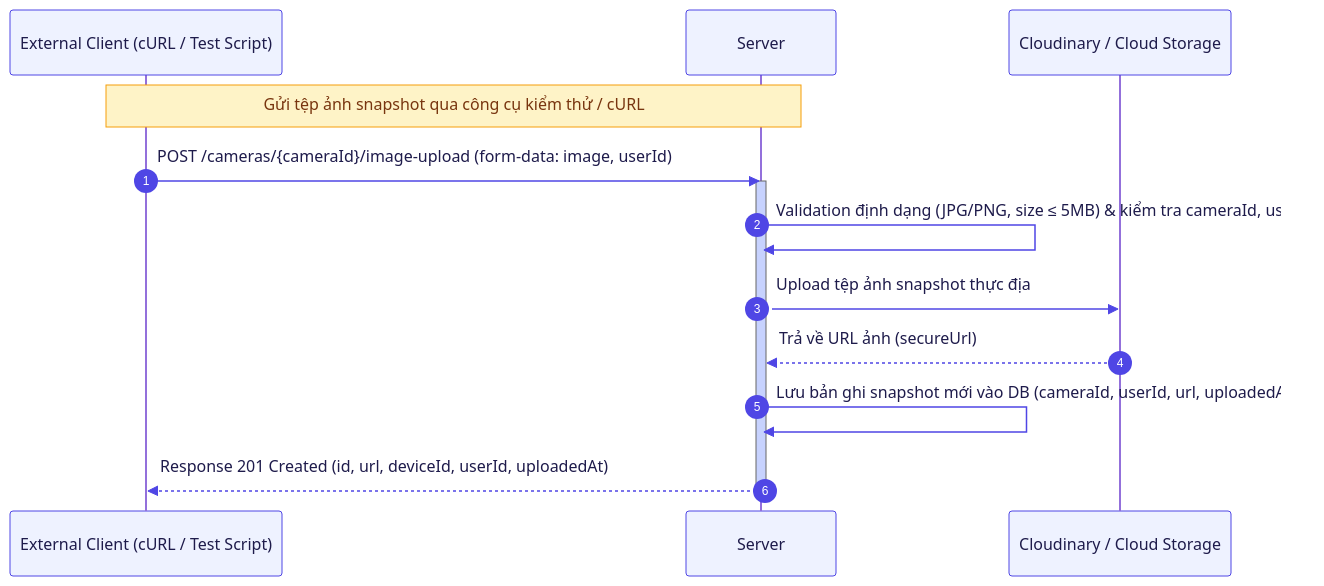
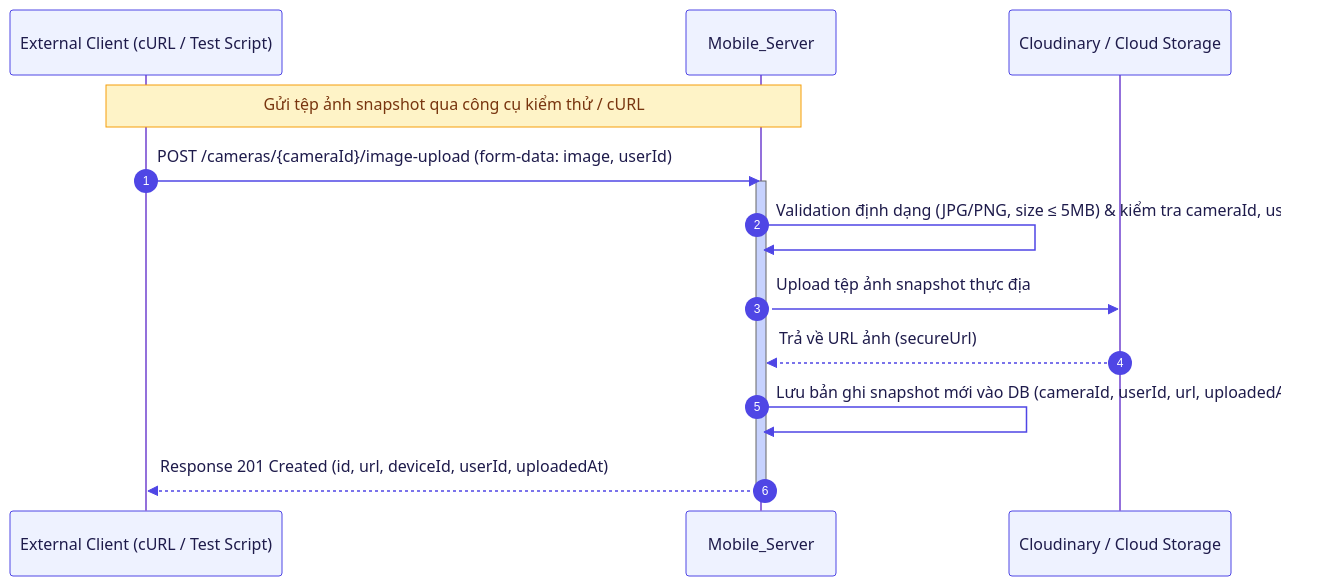
Diagram 18 of 18 in docs/04-sequence-diagram.md (trungnguyenthien/Wildlife-Warning-and-Deterrence-System), drawn with Mermaid before and after one commit. The commit also changed other lines of this file and 3 other files, not shown here.

Commit message:
docs: update system documentation, sequence diagrams, and research topic overview

````diff
--- a/docs/04-sequence-diagram.md
+++ b/docs/04-sequence-diagram.md
@@ -1268,47 +1268,47 @@
 ```mermaid
 %%{init: {
   'theme': 'default',
   'sequence': {
     'rightAngles': true,
     'messageAlign': 'left',
     'messageMargin': 40,
     'actorMargin': 80
   },
   'themeVariables': {
     'primaryColor': '#EEF2FF',
     'primaryTextColor': '#1E1B4B',
     'primaryBorderColor': '#6366F1',
     'lineColor': '#4F46E5',
     'secondaryColor': '#F0FDFA',
     'actorBkg': '#EEF2FF',
     'actorBorder': '#4F46E5',
     'actorTextColor': '#1E1B4B',
     'signalColor': '#4F46E5',
     'signalTextColor': '#1E1B4B',
     'labelBoxBkgColor': '#F8FAFC',
     'labelBoxBorderColor': '#818CF8',
     'labelTextColor': '#0F172A',
     'loopTextColor': '#4F46E5',
     'noteBkgColor': '#FEF3C7',
     'noteTextColor': '#78350F',
     'noteBorderColor': '#F59E0B',
     'activationBkgColor': '#C7D2FE',
     'sequenceNumberColor': '#FFFFFF'
   }
 }}%%
 sequenceDiagram
     autonumber
     participant Client_Test as External Client (cURL / Test Script)
-    participant Server as Server
+    participant Mobile_Server as Mobile_Server
     participant Cloudinary as Cloudinary / Cloud Storage
 
-    Note over Client_Test, Server: Gửi tệp ảnh snapshot qua công cụ kiểm thử / cURL
-    Client_Test->>Server: POST /cameras/{cameraId}/image-upload (form-data: image, userId)
-    activate Server
-    Server->>Server: Validation định dạng (JPG/PNG, size ≤ 5MB) & kiểm tra cameraId, userId
-    Server->>Cloudinary: Upload tệp ảnh snapshot thực địa
-    Cloudinary-->>Server: Trả về URL ảnh (secureUrl)
-    Server->>Server: Lưu bản ghi snapshot mới vào DB (cameraId, userId, url, uploadedAt)
-    Server-->>Client_Test: Response 201 Created (id, url, deviceId, userId, uploadedAt)
-    deactivate Server
+    Note over Client_Test, Mobile_Server: Gửi tệp ảnh snapshot qua công cụ kiểm thử / cURL
+    Client_Test->>Mobile_Server: POST /cameras/{cameraId}/image-upload (form-data: image, userId)
+    activate Mobile_Server
+    Mobile_Server->>Mobile_Server: Validation định dạng (JPG/PNG, size ≤ 5MB) & kiểm tra cameraId, userId
+    Mobile_Server->>Cloudinary: Upload tệp ảnh snapshot thực địa
+    Cloudinary-->>Mobile_Server: Trả về URL ảnh (secureUrl)
+    Mobile_Server->>Mobile_Server: Lưu bản ghi snapshot mới vào DB (cameraId, userId, url, uploadedAt)
+    Mobile_Server-->>Client_Test: Response 201 Created (id, url, deviceId, userId, uploadedAt)
+    deactivate Mobile_Server
 ```
````
